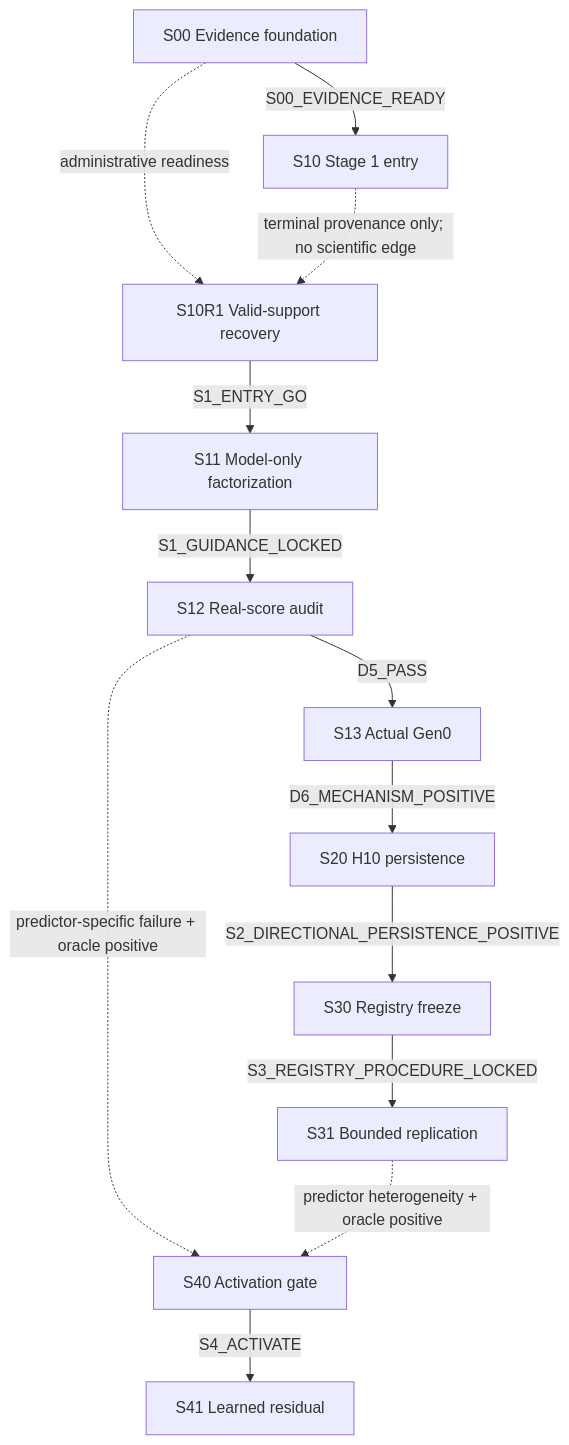
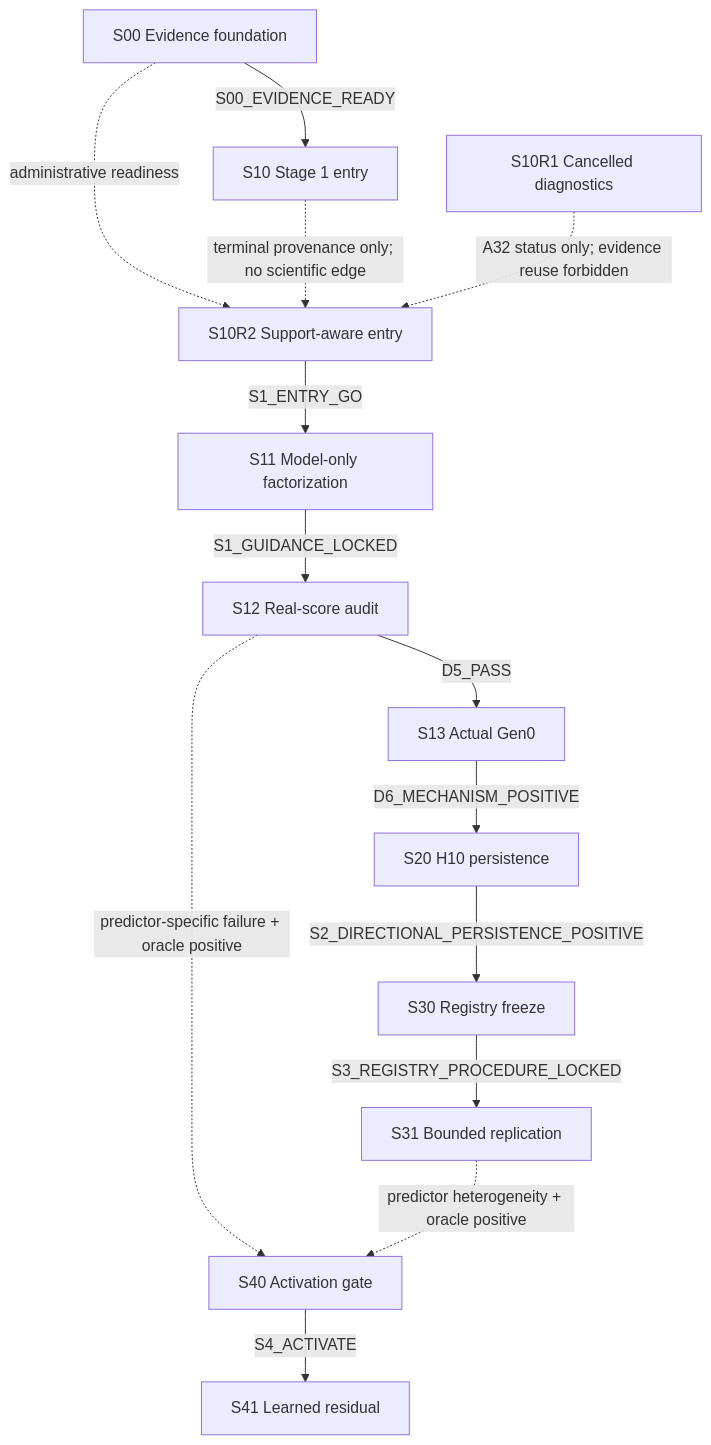
Before and after one commit to ppalee1217/rocm-libraries: the diagram in study_docs/research/ductile-origami-warmstart/README.md, drawn with Mermaid. The commit also changed other lines of this file and 12 other files, not shown here.

Commit message:
study: authorize S10R2 support-aware recovery

````diff
--- a/study_docs/research/ductile-origami-warmstart/README.md
+++ b/study_docs/research/ductile-origami-warmstart/README.md
@@ -59,27 +76,29 @@
 ```mermaid
 flowchart TD
   s00["S00 Evidence foundation"]
   s10["S10 Stage 1 entry"]
-  s10r1["S10R1 Valid-support recovery"]
+  s10r1["S10R1 Cancelled diagnostics"]
+  s10r2["S10R2 Support-aware entry"]
   s11["S11 Model-only factorization"]
   s12["S12 Real-score audit"]
   s13["S13 Actual Gen0"]
   s20["S20 H10 persistence"]
   s30["S30 Registry freeze"]
   s31["S31 Bounded replication"]
   s40["S40 Activation gate"]
   s41["S41 Learned residual"]
 
   s00 -->|"S00_EVIDENCE_READY"| s10
-  s00 -. "administrative readiness" .-> s10r1
-  s10 -. "terminal provenance only; no scientific edge" .-> s10r1
-  s10r1 -->|"S1_ENTRY_GO"| s11
+  s00 -. "administrative readiness" .-> s10r2
+  s10 -. "terminal provenance only; no scientific edge" .-> s10r2
+  s10r1 -. "A32 status only; evidence reuse forbidden" .-> s10r2
+  s10r2 -->|"S1_ENTRY_GO"| s11
   s11 -->|"S1_GUIDANCE_LOCKED"| s12
   s12 -->|"D5_PASS"| s13
   s13 -->|"D6_MECHANISM_POSITIVE"| s20
   s20 -->|"S2_DIRECTIONAL_PERSISTENCE_POSITIVE"| s30
   s30 -->|"S3_REGISTRY_PROCEDURE_LOCKED"| s31
   s12 -.->|"predictor-specific failure + oracle positive"| s40
   s31 -.->|"predictor heterogeneity + oracle positive"| s40
   s40 -->|"S4_ACTIVATE"| s41
 ```
````
